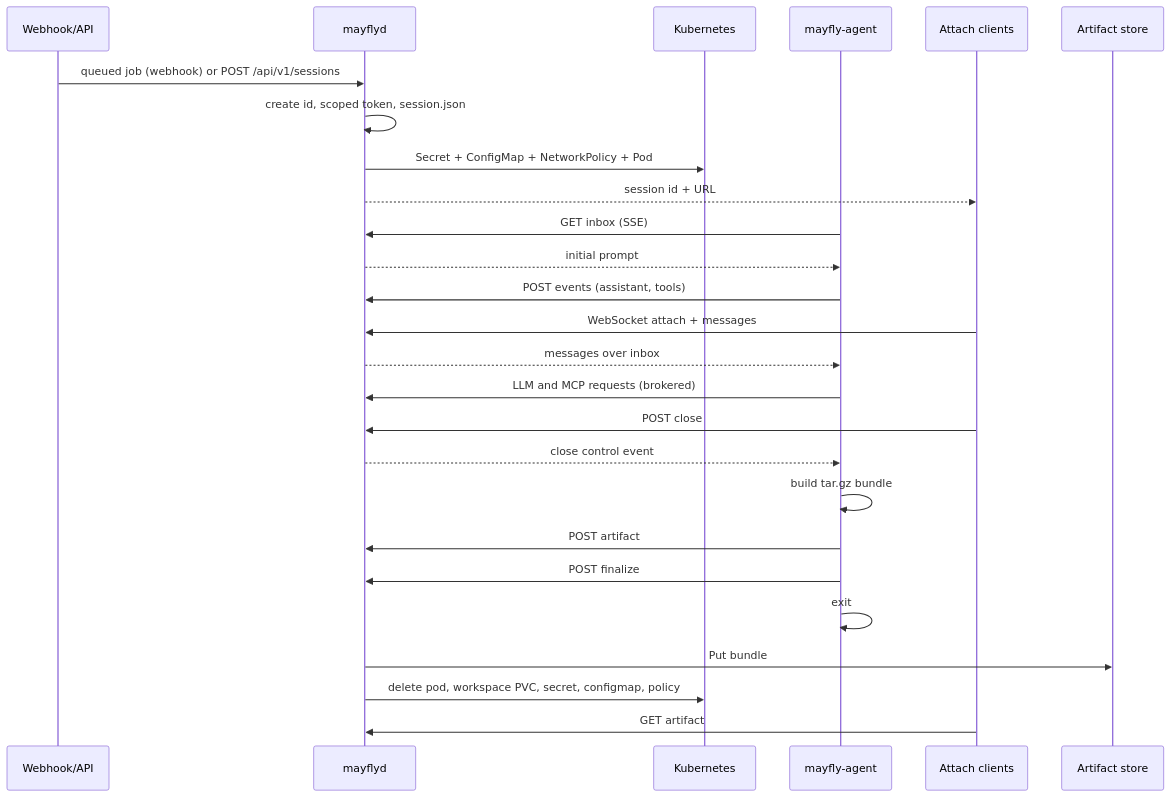
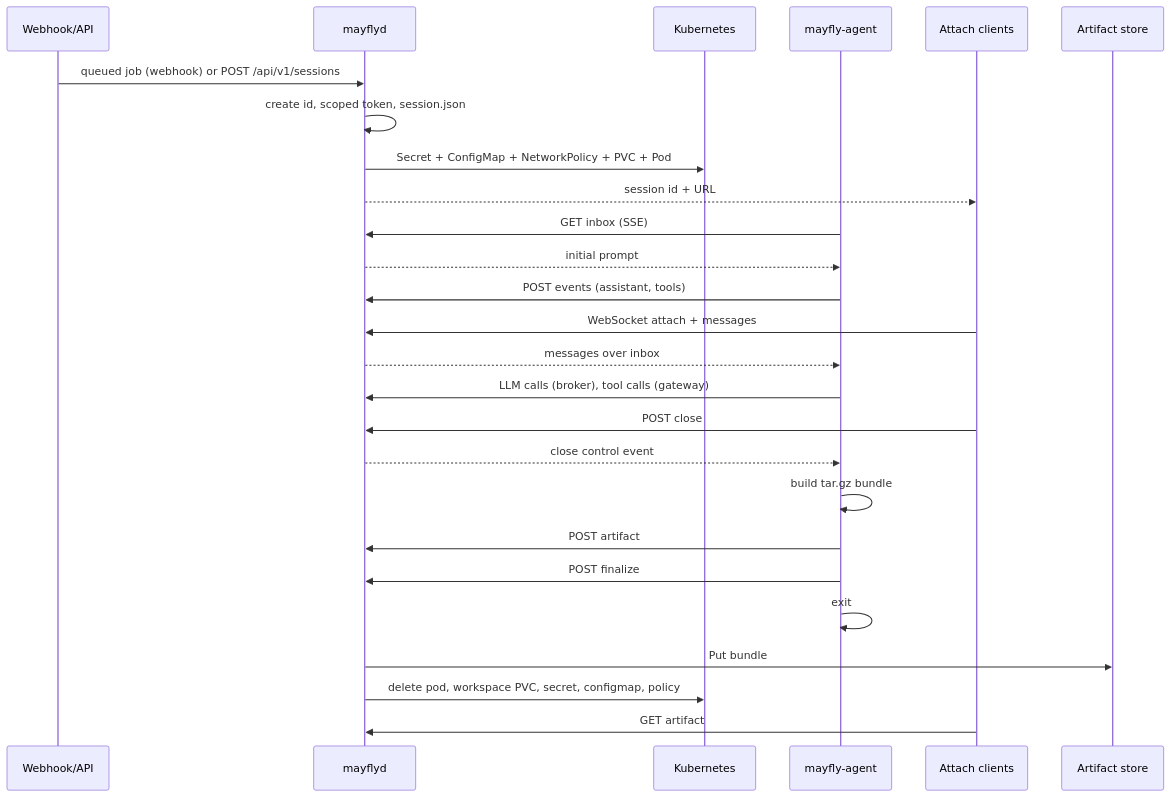
The second of 3 diagrams in docs/architecture.md (hayfever/mayfly), drawn with Mermaid before and after one commit. The commit also changed other lines of this file and 22 other files, not shown here.

First line of the commit message:
docs: accuracy pass over every Markdown file; bring architecture.md up to date (#56)

````diff
--- a/docs/architecture.md
+++ b/docs/architecture.md
@@ -71,29 +109,29 @@
 ```mermaid
 sequenceDiagram
   participant Hook as Webhook/API
   participant CP as mayflyd
   participant K8s as Kubernetes
   participant A as mayfly-agent
   participant UI as Attach clients
   participant Store as Artifact store
 
   Hook->>CP: queued job (webhook) or POST /api/v1/sessions
   CP->>CP: create id, scoped token, session.json
-  CP->>K8s: Secret + ConfigMap + NetworkPolicy + Pod
+  CP->>K8s: Secret + ConfigMap + NetworkPolicy + PVC + Pod
   CP-->>UI: session id + URL
   A->>CP: GET inbox (SSE)
   CP-->>A: initial prompt
   A->>CP: POST events (assistant, tools)
   UI->>CP: WebSocket attach + messages
   CP-->>A: messages over inbox
-  A->>CP: LLM and MCP requests (brokered)
+  A->>CP: LLM calls (broker), tool calls (gateway)
   UI->>CP: POST close
   CP-->>A: close control event
   A->>A: build tar.gz bundle
   A->>CP: POST artifact
   A->>CP: POST finalize
   A->>A: exit
   CP->>Store: Put bundle
   CP->>K8s: delete pod, workspace PVC, secret, configmap, policy
   UI->>CP: GET artifact
 ```
````
